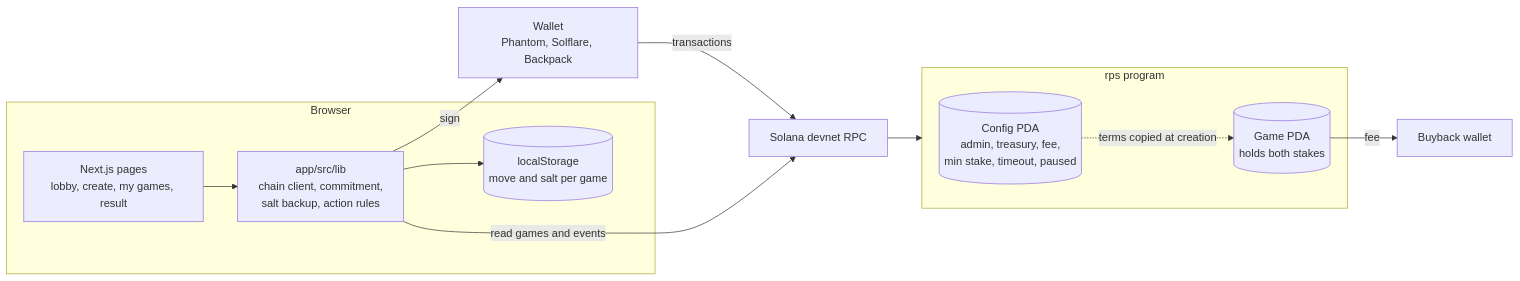
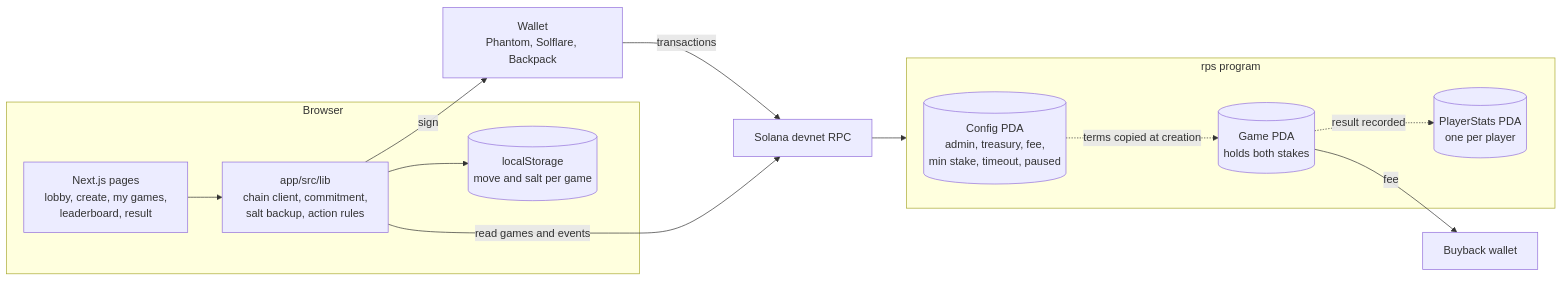
Before and after one commit to ssofkin7/solana-rps: the first of 2 diagrams in README.md, drawn with Mermaid. The commit also changed other lines of this file and 13 other files, not shown here.

First line of the commit message:
Add the leaderboard and recent games

````diff
--- a/README.md
+++ b/README.md
@@ -45,24 +58,26 @@
 ```mermaid
 flowchart LR
   subgraph Browser
-    UI[Next.js pages<br/>lobby, create, my games, result]
+    UI[Next.js pages<br/>lobby, create, my games,<br/>leaderboard, result]
     LIB[app/src/lib<br/>chain client, commitment,<br/>salt backup, action rules]
     LS[(localStorage<br/>move and salt per game)]
     UI --> LIB
     LIB --> LS
   end
   W[Wallet<br/>Phantom, Solflare, Backpack]
   RPC[Solana devnet RPC]
   subgraph Program[rps program]
     CFG[(Config PDA<br/>admin, treasury, fee,<br/>min stake, timeout, paused)]
     G[(Game PDA<br/>holds both stakes)]
+    S[(PlayerStats PDA<br/>one per player)]
   end
   T[Buyback wallet]
 
   LIB -- sign --> W
   W -- transactions --> RPC
   LIB -- read games and events --> RPC
   RPC --> Program
   G -- fee --> T
+  G -. result recorded .-> S
   CFG -. terms copied at creation .-> G
 ```
````
